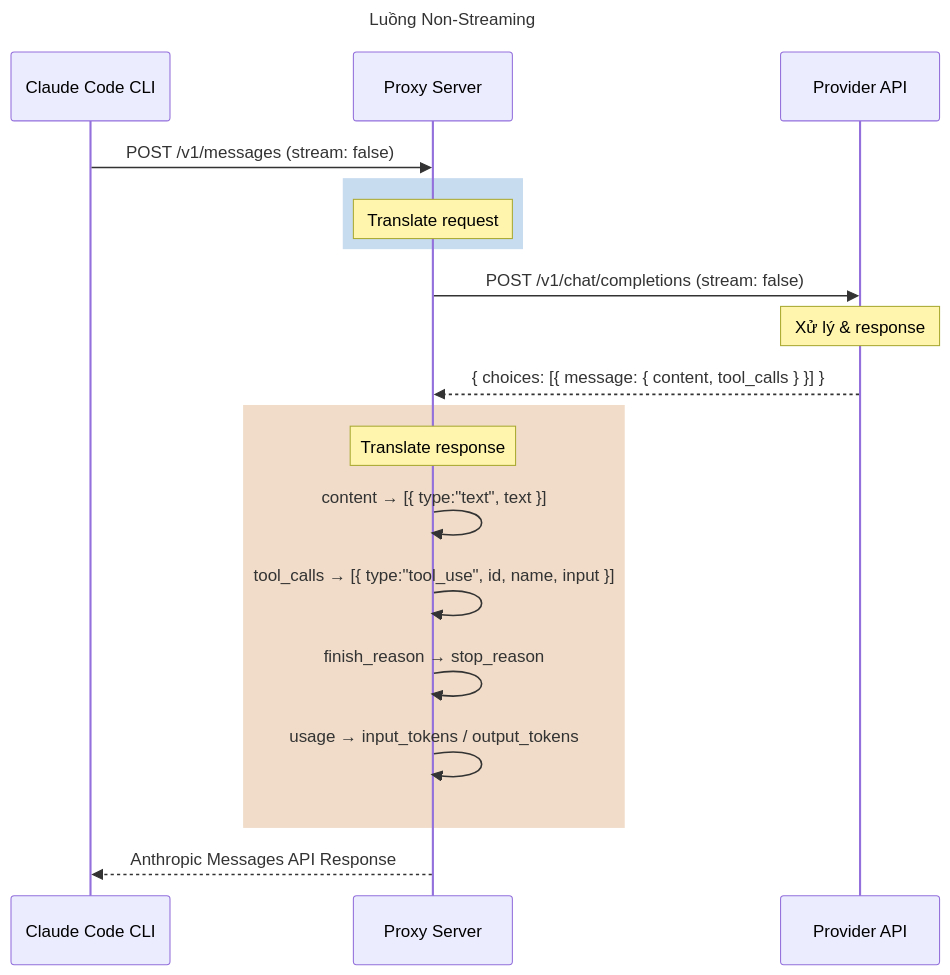
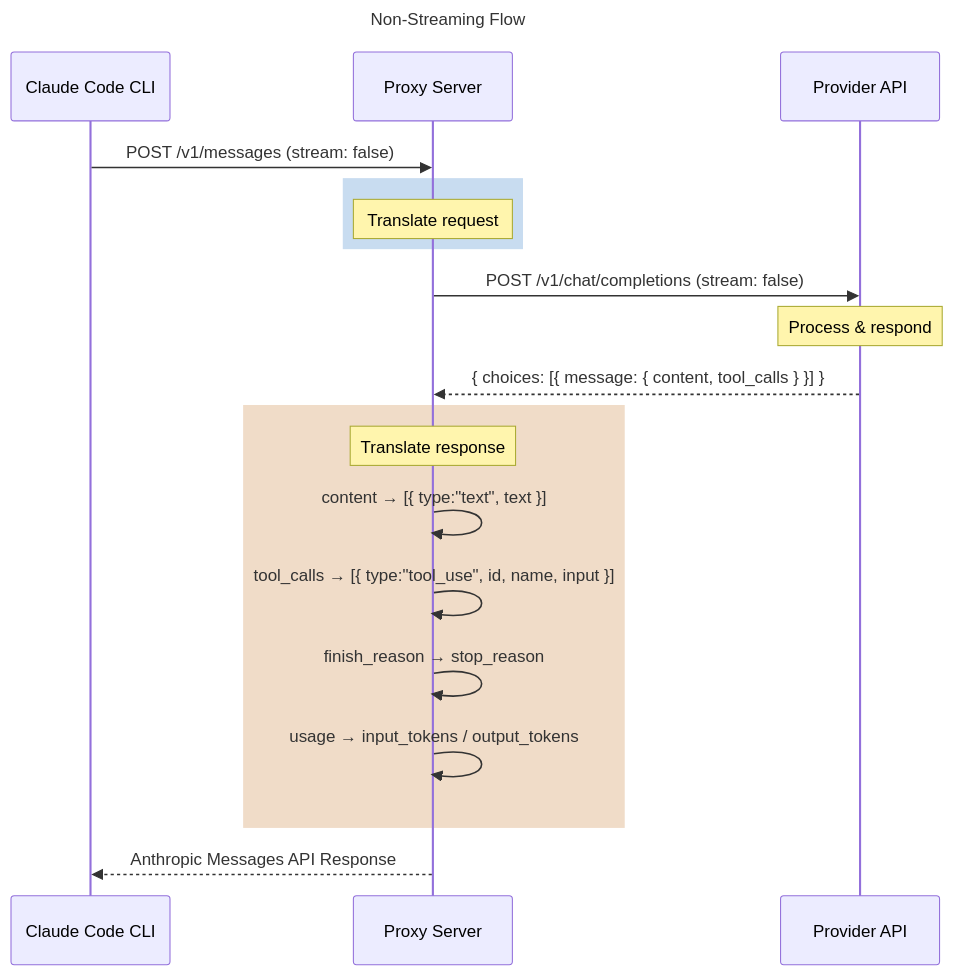
One commit to nbhson/claude-code-free changed the third of 3 diagrams in README.md. Above: the diagram before and after it, drawn with Mermaid. The commit also changed other lines of this file, not shown here.

````diff
--- a/README.md
+++ b/README.md
@@ -114,25 +114,25 @@
 ```mermaid
 ---
-title: Luồng Non-Streaming
+title: Non-Streaming Flow
 ---
 sequenceDiagram
     participant CLI as Claude Code CLI
     participant Proxy as Proxy Server
     participant Provider as Provider API
 
     CLI->>Proxy: POST /v1/messages (stream: false)
     rect rgb(200, 220, 240)
         Note over Proxy: Translate request
     end
     Proxy->>Provider: POST /v1/chat/completions (stream: false)
-    Note over Provider: Xử lý & response
+    Note over Provider: Process & respond
     Provider-->>Proxy: { choices: [{ message: { content, tool_calls } }] }
     rect rgb(240, 220, 200)
         Note over Proxy: Translate response
         Proxy->>Proxy: content → [{ type:"text", text }]
         Proxy->>Proxy: tool_calls → [{ type:"tool_use", id, name, input }]
         Proxy->>Proxy: finish_reason → stop_reason
         Proxy->>Proxy: usage → input_tokens / output_tokens
     end
     Proxy-->>CLI: Anthropic Messages API Response
 ```
````
